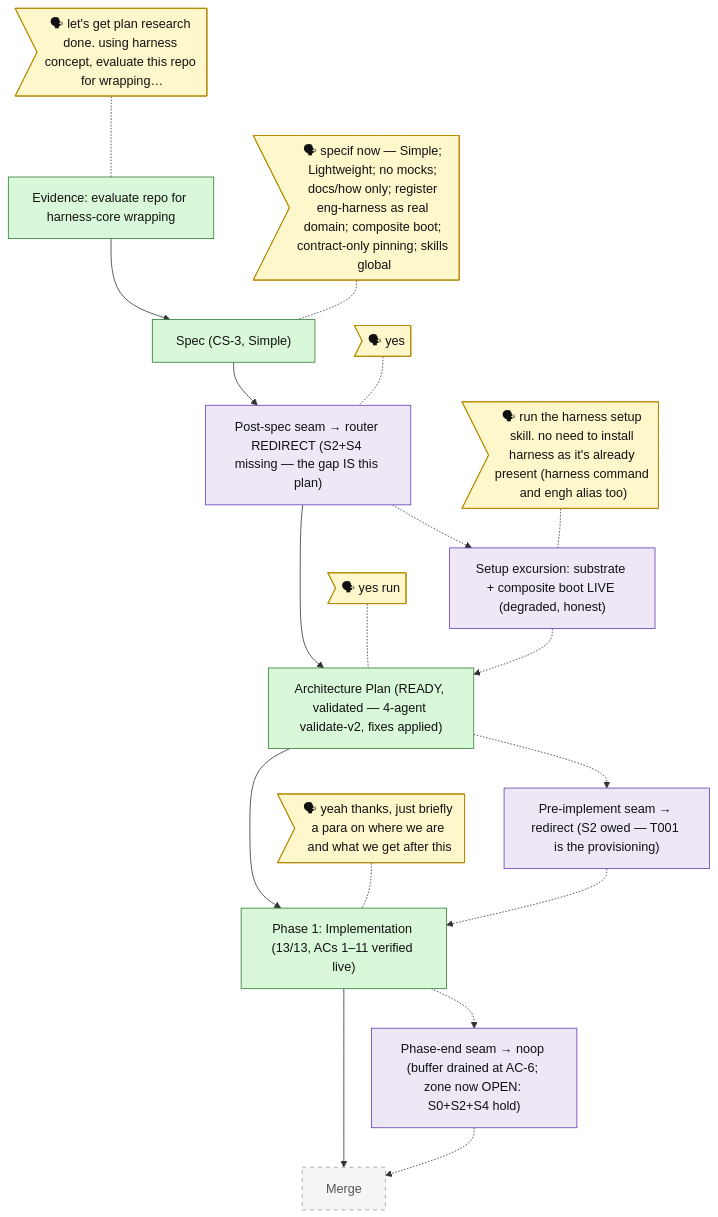
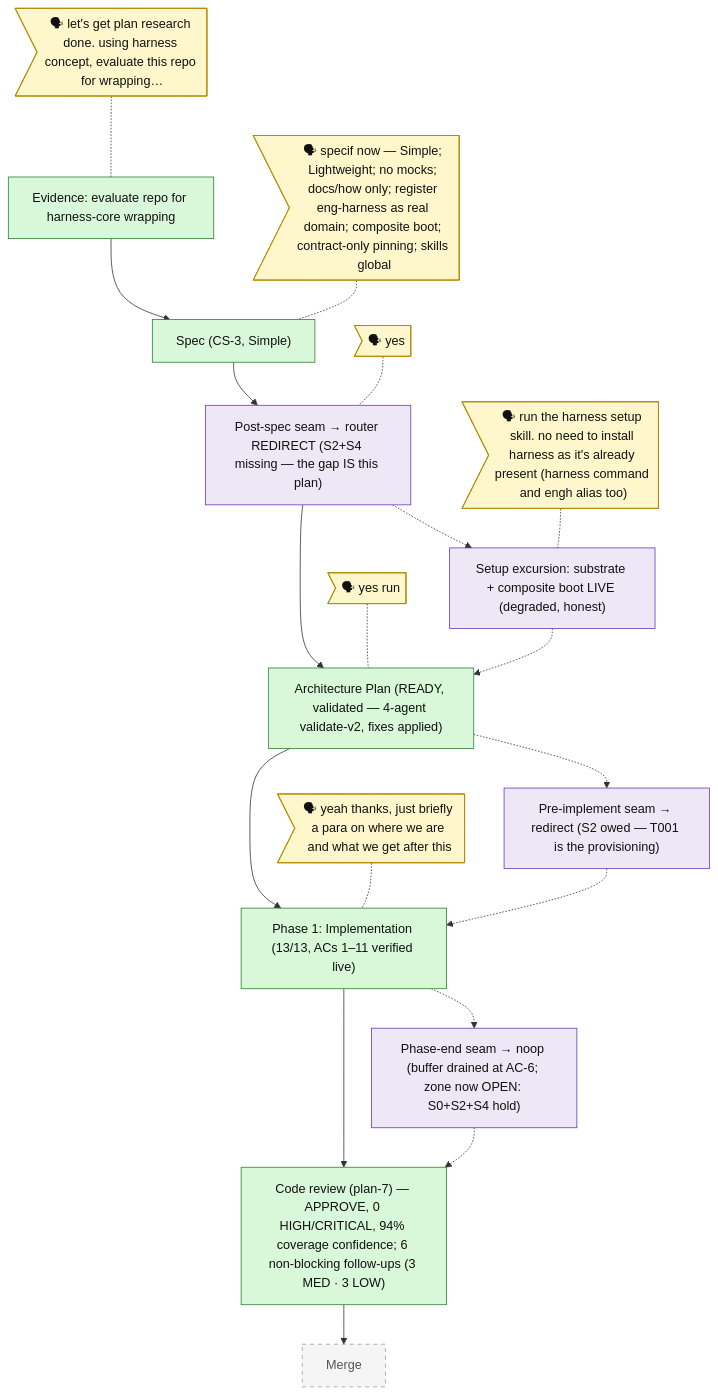
Before and after one commit to AI-Substrate/minih: the diagram in docs/plans/024-core-harness/the-flow.md, drawn with Mermaid. The commit also changed 4 other files, not shown here.

First line of the commit message:
docs(harness): record 024 plan-7 review — APPROVE, 0 blocking findings

````diff
--- a/docs/plans/024-core-harness/the-flow.md
+++ b/docs/plans/024-core-harness/the-flow.md
@@ -5,38 +5,39 @@
 ```mermaid
 flowchart TD
   classDef done fill:#d9f7d9,stroke:#2e7d32,color:#111
   classDef wip fill:#ffe7c2,stroke:#ef6c00,color:#111
   classDef blocked fill:#ffd6d6,stroke:#c62828,color:#111
   classDef known fill:#dde8f3,stroke:#546e7a,color:#111
   classDef assumed fill:#f5f5f5,stroke:#9e9e9e,stroke-dasharray: 5 5,color:#555
   classDef said fill:#fff7cc,stroke:#b58900,color:#111
   classDef harness fill:#EDE7F6,stroke:#673AB7,color:#111
 
   research["Evidence: evaluate repo for harness-core wrapping"]:::done
   spec["Spec (CS-3, Simple)"]:::done
   backpressure_001["Post-spec seam → router REDIRECT (S2+S4 missing — the gap IS this plan)"]:::harness
   harness_setup_001["Setup excursion: substrate + composite boot LIVE (degraded, honest)"]:::harness
   plan["Architecture Plan (READY, validated — 4-agent validate-v2, fixes applied)"]:::done
   harness_preflight_001["Pre-implement seam → redirect (S2 owed — T001 is the provisioning)"]:::harness
   build["Phase 1: Implementation (13/13, ACs 1–11 verified live)"]:::done
   harness_phaseend_001["Phase-end seam → noop (buffer drained at AC-6; zone now OPEN: S0+S2+S4 hold)"]:::harness
+  review["Code review (plan-7) — APPROVE, 0 HIGH/CRITICAL, 94% coverage confidence; 6 non-blocking follow-ups (3 MED · 3 LOW)"]:::done
   merge["Merge"]:::assumed
 
   said_research>"🗣 let's get plan research done. using harness concept, evaluate this repo for wrapping…"]:::said
   said_spec>"🗣 specif now — Simple; Lightweight; no mocks; docs/how only; register eng-harness as real domain; composite boot; contract-only pinning; skills global"]:::said
   said_backpressure_001>"🗣 yes"]:::said
   said_harness_setup_001>"🗣 run the harness setup skill. no need to install harness as it's already present (harness command and engh alias too)"]:::said
   said_plan>"🗣 yes run"]:::said
   said_build>"🗣 yeah thanks, just briefly a para on where we are and what we get after this"]:::said
   said_research -.- research
   said_spec -.- spec
   said_backpressure_001 -.- backpressure_001
   said_harness_setup_001 -.- harness_setup_001
   said_plan -.- plan
   said_build -.- build
 
-  research --> spec --> backpressure_001 --> plan --> build --> merge
+  research --> spec --> backpressure_001 --> plan --> build --> review --> merge
   backpressure_001 -.-> harness_setup_001 -.-> plan
   plan -.-> harness_preflight_001 -.-> build
-  build -.-> harness_phaseend_001 -.-> merge
+  build -.-> harness_phaseend_001 -.-> review
 ```
````
